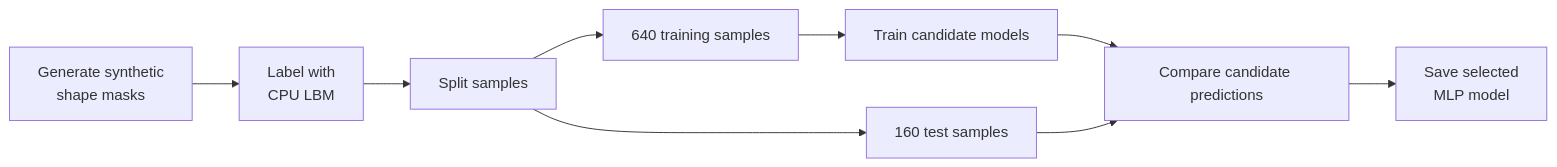
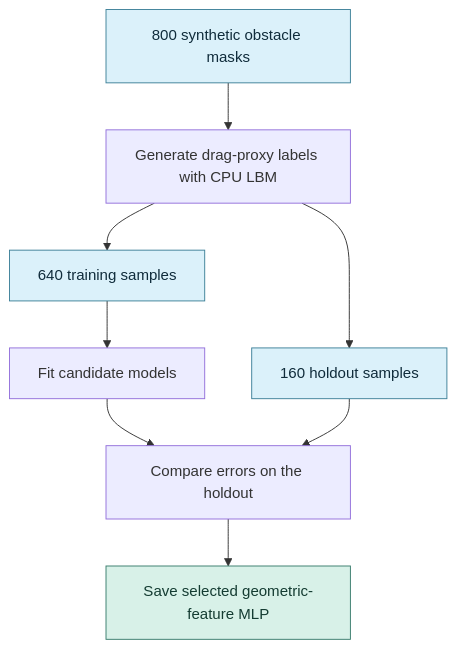
One commit to Yumekaz/AeroVoxel changed the second of 2 diagrams in README.md. Above: the diagram before and after it, drawn with Mermaid. The commit also changed other lines of this file and 2 other files, not shown here.

````diff
--- a/README.md
+++ b/README.md
@@ -158,11 +131,15 @@
 ```mermaid
-flowchart LR
-    shapes["Generate synthetic<br/>shape masks"] --> labels["Label with<br/>CPU LBM"]
-    labels --> split["Split samples"]
-    split --> train["640 training samples"]
-    split --> test["160 test samples"]
-    train --> candidates["Train candidate models"]
-    candidates --> evaluation["Compare candidate predictions"]
-    test --> evaluation
-    evaluation --> selected["Save selected<br/>MLP model"]
+flowchart TB
+    Masks["800 synthetic obstacle masks"] --> Labels["Generate drag-proxy labels with CPU LBM"]
+    Labels --> Train["640 training samples"]
+    Labels --> Test["160 holdout samples"]
+    Train --> Candidates["Fit candidate models"]
+    Candidates --> Score["Compare errors on the holdout"]
+    Test --> Score
+    Score --> Model["Save selected geometric-feature MLP"]
+
+    classDef data fill:#dbf1fa,stroke:#3e8199,color:#102c3b
+    classDef outcome fill:#d8f1e8,stroke:#397c6d,color:#143c32
+    class Masks,Train,Test data
+    class Model outcome
 ```
````
